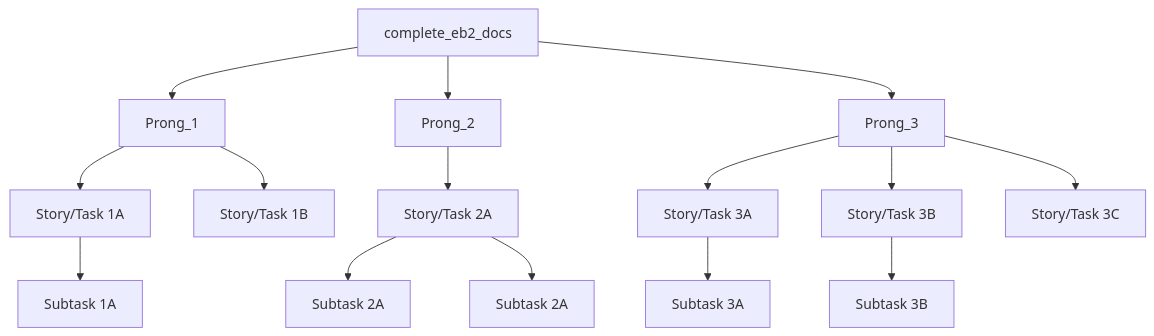
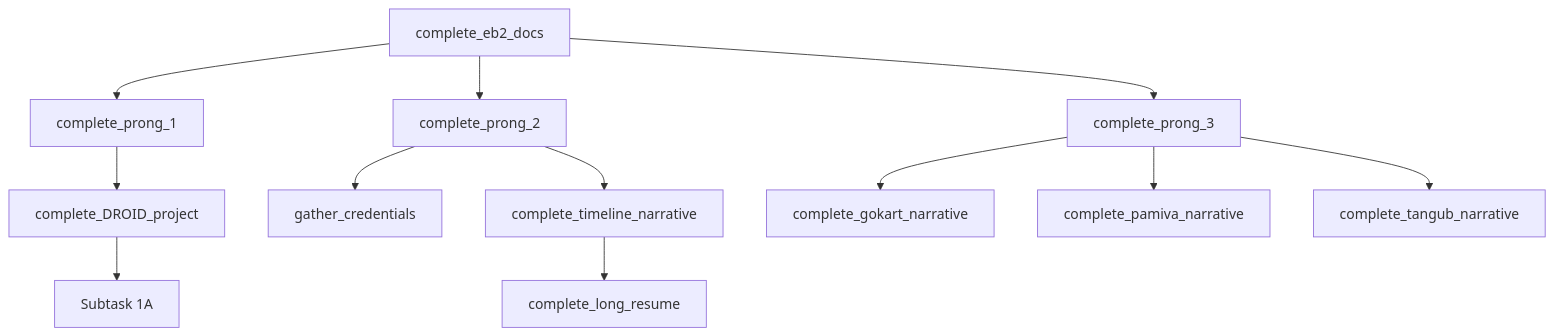
One commit to SuzyQuant/SuzyQuant changed the diagram in notes/practice/eb2.md. Above: the diagram before and after it, drawn with Mermaid.

Commit message:
Updated flowchart

````diff
--- a/notes/practice/eb2.md
+++ b/notes/practice/eb2.md
@@ -2,22 +2,20 @@
 ```mermaid
 flowchart TD
-    A[complete_eb2_docs] --> B[Prong_1]
-    A[complete_eb2_docs] --> C[Prong_2]
-    A[complete_eb2_docs] --> D[Prong_3]
+    A[complete_eb2_docs] --> B[complete_prong_1]
+    A[complete_eb2_docs] --> C[complete_prong_2]
+    A[complete_eb2_docs] --> D[complete_prong_3]
 
-    B --> E[Story/Task 1A]
-    B --> F[Story/Task 1B]
+    B --> E[complete_DROID_project]
 
-    C --> G[Story/Task 2A]
-    D --> H[Story/Task 3A]
-    D --> I[Story/Task 3B]
-    D --> J[Story/Task 3C]
+    C --> F[gather_credentials]
+    C --> G[complete_timeline_narrative]
+
+    D --> H[complete_gokart_narrative]
+    D --> I[complete_pamiva_narrative]
+    D --> J[complete_tangub_narrative]
 
     E --> K[Subtask 1A]
 
-    G --> L[Subtask  2A]
-    G --> M[Subtask 2A]
+    G --> L[complete_long_resume]
 
-    H --> N[Subtask 3A]
-    I --> O[Subtask 3B]
 ```
````
